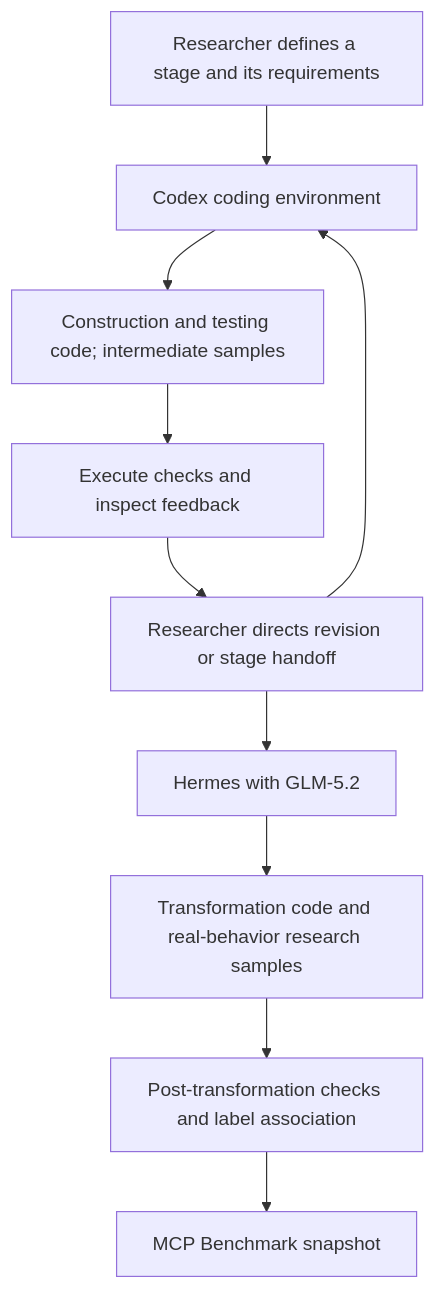
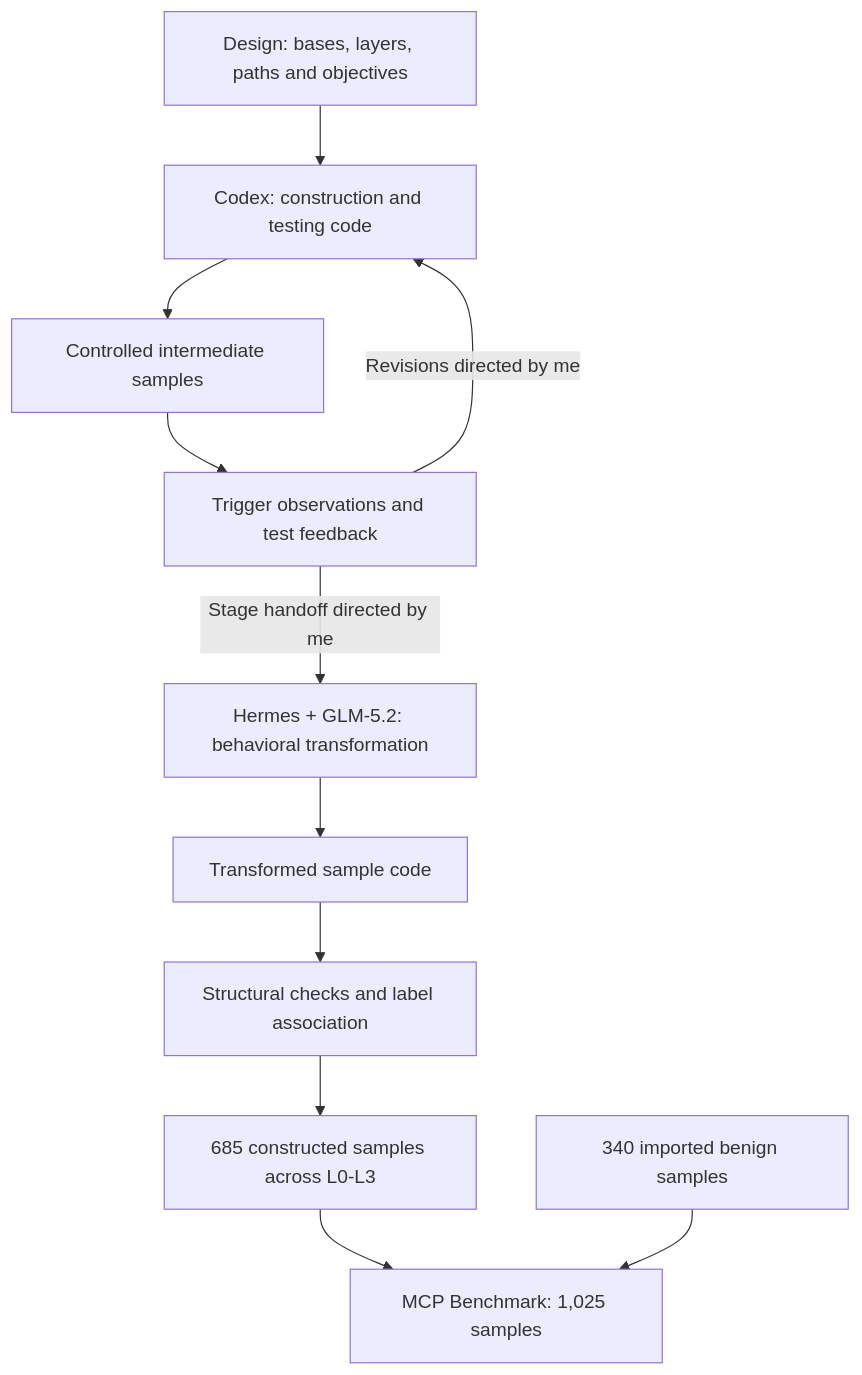
One commit to yongqicui555/mcp_benchmark_1.0 changed the diagram in README.md. Above: the diagram before and after it, drawn with Mermaid. The commit also changed other lines of this file and 12 other files, not shown here.

````diff
--- a/README.md
+++ b/README.md
@@ -45,12 +35,13 @@
 ```mermaid
 flowchart TD
-    A[Researcher defines a stage and its requirements] --> B[Codex coding environment]
-    B --> C[Construction and testing code; intermediate samples]
-    C --> D[Execute checks and inspect feedback]
-    D --> E[Researcher directs revision or stage handoff]
-    E --> B
-    E --> F[Hermes with GLM-5.2]
-    F --> G[Transformation code and real-behavior research samples]
-    G --> H[Post-transformation checks and label association]
-    H --> I[MCP Benchmark snapshot]
+    A[Design: bases, layers, paths and objectives] --> B[Codex: construction and testing code]
+    B --> C[Controlled intermediate samples]
+    C --> D[Trigger observations and test feedback]
+    D -->|Revisions directed by me| B
+    D -->|Stage handoff directed by me| E[Hermes + GLM-5.2: behavioral transformation]
+    E --> F[Transformed sample code]
+    F --> G[Structural checks and label association]
+    G --> I[685 constructed samples across L0-L3]
+    I --> J[MCP Benchmark: 1,025 samples]
+    K[340 imported benign samples] --> J
 ```
````
